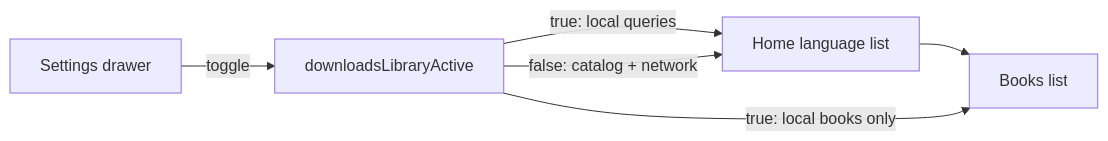
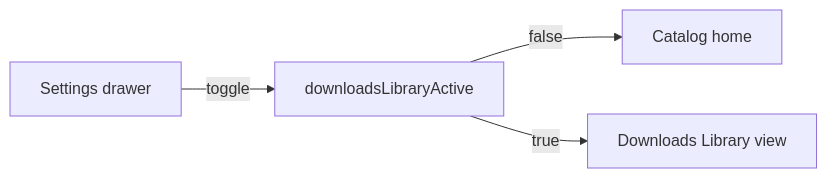
Before and after one commit to Bible-Translation-Tools/BIEL-mobile-app: the diagram in docs/downloads-library.md, drawn with Mermaid. The commit also changed other lines of this file and 16 other files, not shown here.

````diff
--- a/docs/downloads-library.md
+++ b/docs/downloads-library.md
@@ -31,13 +28,11 @@
 ```mermaid
 flowchart LR
   Drawer[Settings drawer]
   Flag[downloadsLibraryActive]
-  Home[Home language list]
-  Books[Books list]
+  Catalog[Catalog home]
+  Library[Downloads Library view]
 
   Drawer -->|toggle| Flag
-  Flag -->|true: local queries| Home
-  Flag -->|false: catalog + network| Home
-  Home --> Books
-  Flag -->|true: local books only| Books
+  Flag -->|false| Catalog
+  Flag -->|true| Library
 ```
````
